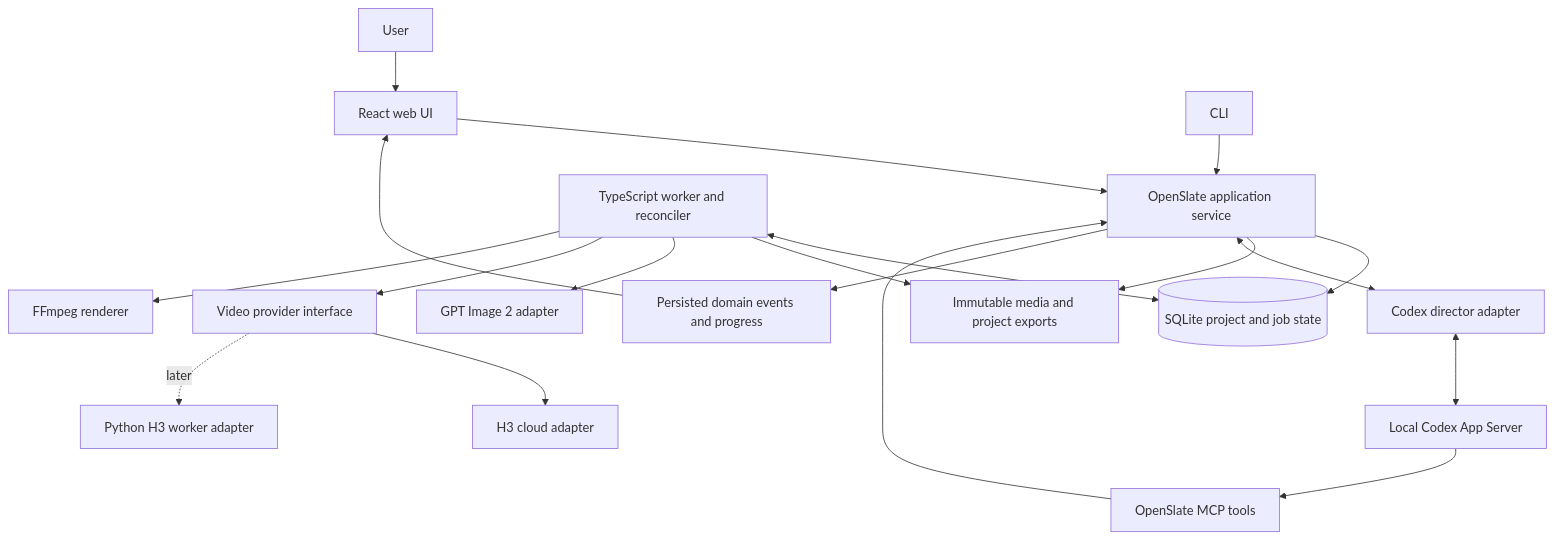
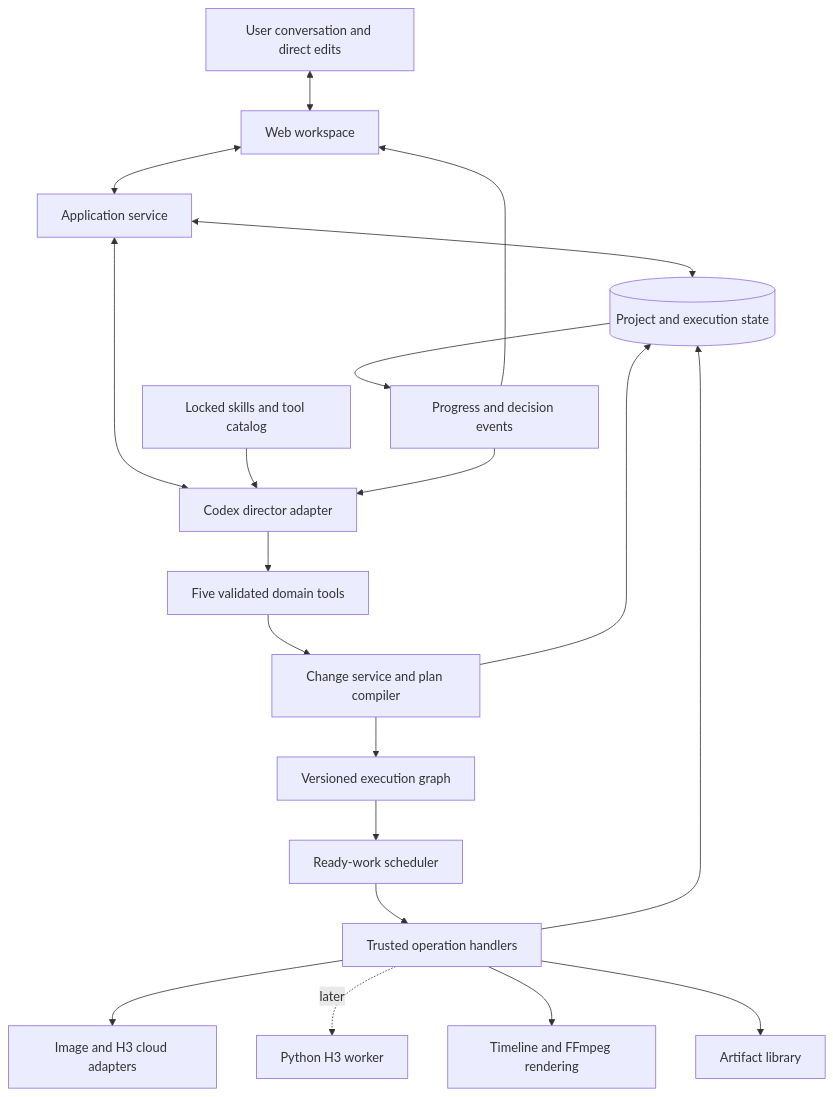
One commit to Michael-Ma/OpenSlate changed the diagram in docs/design/README.md. Above: the diagram before and after it, drawn with Mermaid. The commit also changed other lines of this file and 8 other files, not shown here.

````diff
--- a/docs/design/README.md
+++ b/docs/design/README.md
@@ -45,21 +27,22 @@
 ```mermaid
 flowchart TB
-    User[User] --> UI[React web UI]
-    UI --> Service[OpenSlate application service]
-    CLI[CLI] --> Service
-    Service --> Store[(SQLite project and job state)]
-    Service --> Files[Immutable media and project exports]
-    Service <--> Runtime[Codex director adapter]
-    Runtime <--> Codex[Local Codex App Server]
-    Codex --> Tools[OpenSlate MCP tools]
-    Tools --> Service
-    Worker[TypeScript worker and reconciler] <--> Store
-    Worker --> Files
-    Worker --> Images[GPT Image 2 adapter]
-    Worker --> Video[Video provider interface]
-    Video --> Cloud[H3 cloud adapter]
-    Video -. later .-> Local[Python H3 worker adapter]
-    Worker --> Render[FFmpeg renderer]
-    Service --> Events[Persisted domain events and progress]
+    User[User conversation and direct edits] <--> UI[Web workspace]
+    UI <--> App[Application service]
+    App <--> State[(Project and execution state)]
+    App <--> Director[Codex director adapter]
+    Catalog[Locked skills and tool catalog] --> Director
+    Director --> Tools[Five validated domain tools]
+    Tools --> Change[Change service and plan compiler]
+    Change --> State
+    Change --> Graph[Versioned execution graph]
+    Graph --> Scheduler[Ready-work scheduler]
+    Scheduler --> Workers[Trusted operation handlers]
+    Workers --> Cloud[Image and H3 cloud adapters]
+    Workers -. later .-> Local[Python H3 worker]
+    Workers --> Edit[Timeline and FFmpeg rendering]
+    Workers --> Media[Artifact library]
+    Workers --> State
+    State --> Events[Progress and decision events]
     Events --> UI
+    Events --> Director
 ```
````
